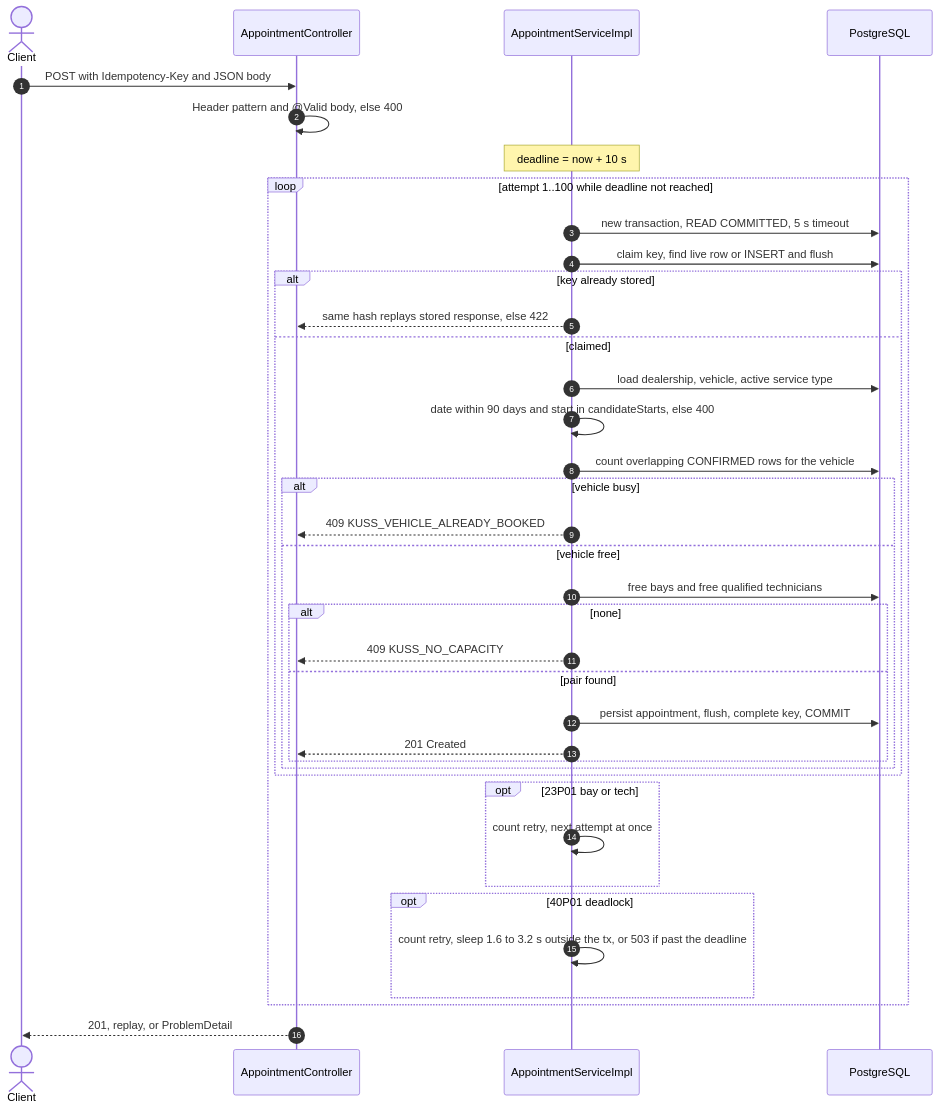
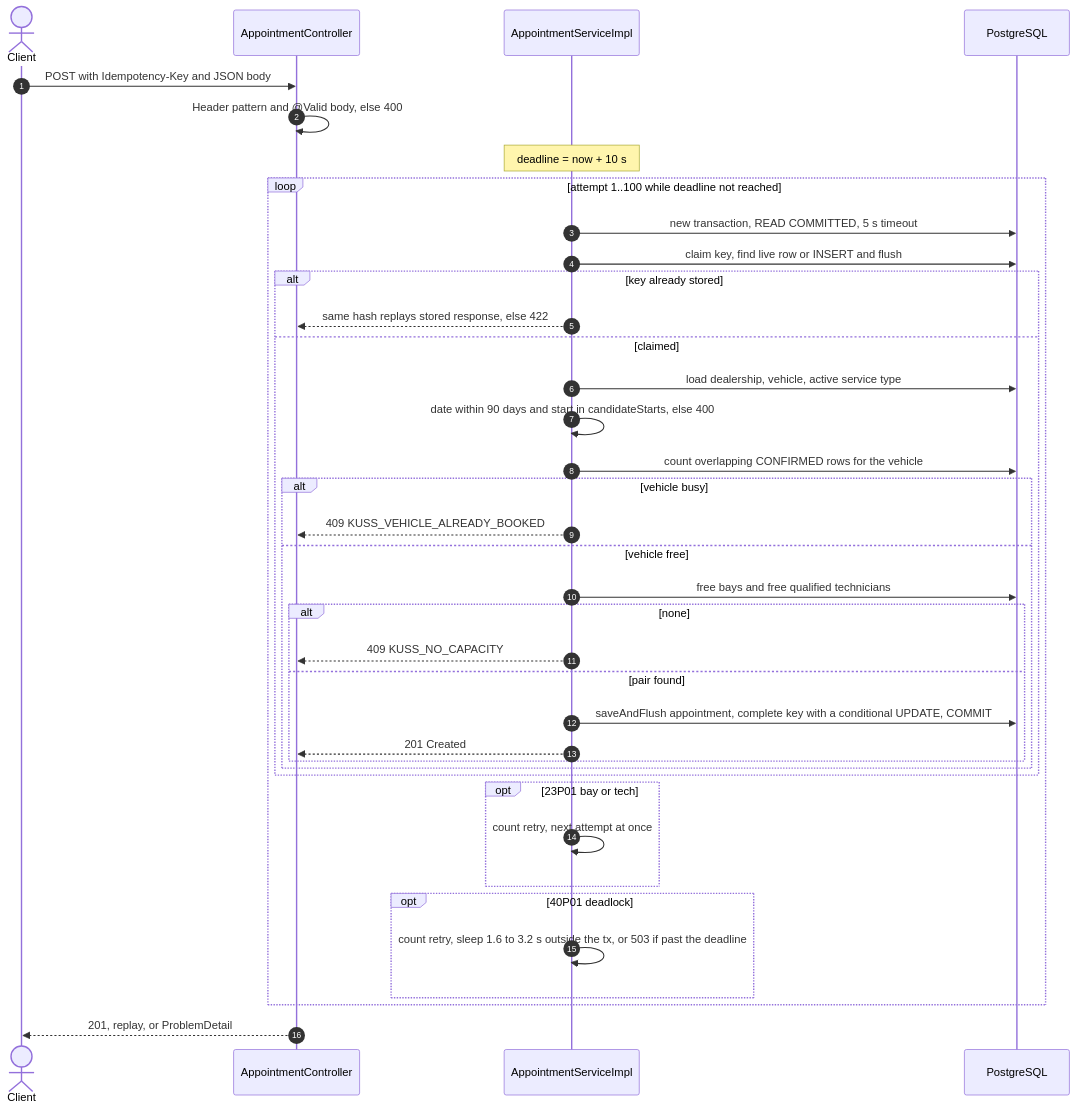
The second of 2 diagrams in docs/system-design.md (kangourouuu/keyloop-unified-service-scheduler), drawn with Mermaid before and after one commit. The commit also changed other lines of this file and 4 other files, not shown here.

````diff
--- a/docs/system-design.md
+++ b/docs/system-design.md
@@ -158,41 +162,41 @@
 ```mermaid
 sequenceDiagram
     autonumber
     actor Client
     participant API as AppointmentController
     participant Svc as AppointmentServiceImpl
     participant DB as PostgreSQL
 
     Client->>API: POST with Idempotency-Key and JSON body
     API->>API: Header pattern and @Valid body, else 400
     Note over Svc: deadline = now + 10 s
     loop attempt 1..100 while deadline not reached
         Svc->>DB: new transaction, READ COMMITTED, 5 s timeout
         Svc->>DB: claim key, find live row or INSERT and flush
         alt key already stored
             Svc-->>API: same hash replays stored response, else 422
         else claimed
             Svc->>DB: load dealership, vehicle, active service type
             Svc->>Svc: date within 90 days and start in candidateStarts, else 400
             Svc->>DB: count overlapping CONFIRMED rows for the vehicle
             alt vehicle busy
                 Svc-->>API: 409 KUSS_VEHICLE_ALREADY_BOOKED
             else vehicle free
                 Svc->>DB: free bays and free qualified technicians
                 alt none
                     Svc-->>API: 409 KUSS_NO_CAPACITY
                 else pair found
-                    Svc->>DB: persist appointment, flush, complete key, COMMIT
+                    Svc->>DB: saveAndFlush appointment, complete key with a conditional UPDATE, COMMIT
                     Svc-->>API: 201 Created
                 end
             end
         end
         opt 23P01 bay or tech
             Svc->>Svc: count retry, next attempt at once
         end
         opt 40P01 deadlock
             Svc->>Svc: count retry, sleep 1.6 to 3.2 s outside the tx, or 503 if past the deadline
         end
     end
     API-->>Client: 201, replay, or ProblemDetail
 ```
````
